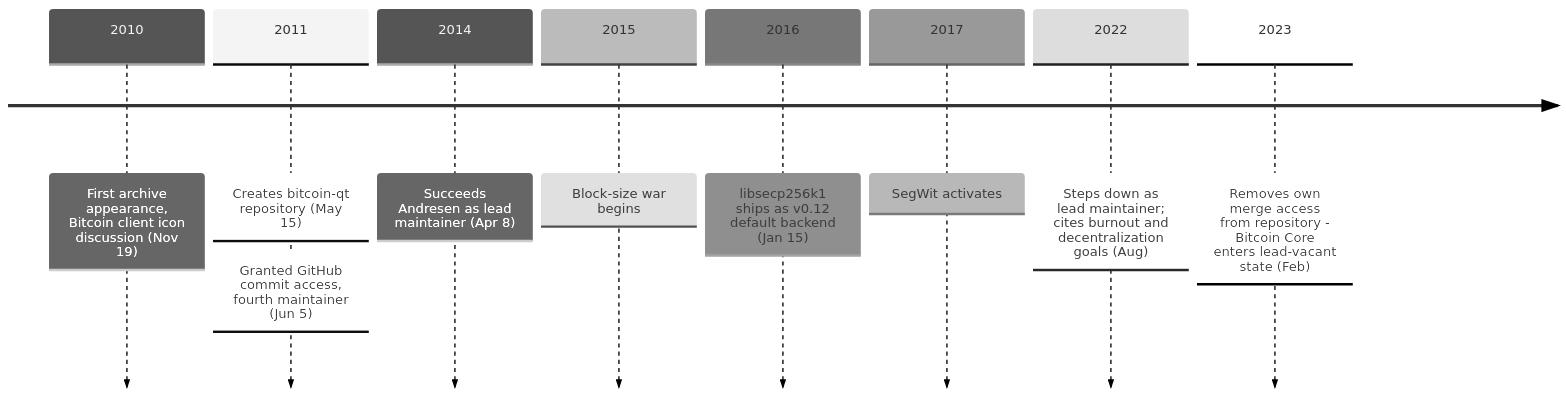
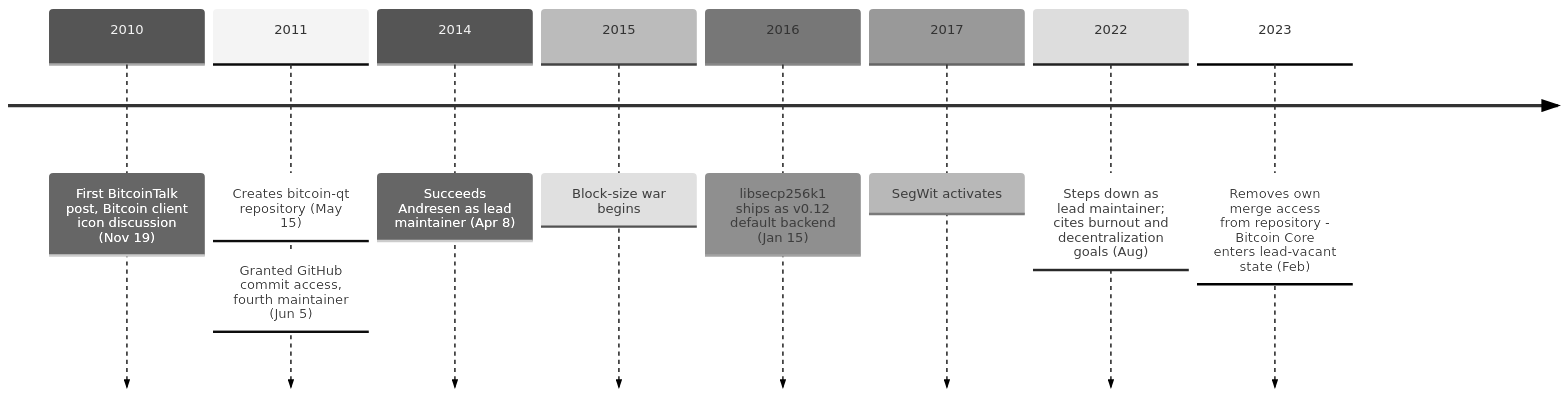
Before and after one commit to cypher256/BitcoinArchive: the diagram in src/data/entries/en/aftermath/2010-11-19-wladimir-van-der-laan-biography.md, drawn with Mermaid (neutral theme). The commit also changed other lines of this file and 14 other files, not shown here.

First line of the commit message:
Distinguish 'the archive' from the medium of appearance

````diff
--- a/src/data/entries/en/aftermath/2010-11-19-wladimir-van-der-laan-biography.md
+++ b/src/data/entries/en/aftermath/2010-11-19-wladimir-van-der-laan-biography.md
@@ -33,14 +33,14 @@
 ```mermaid
 timeline
-    2010 : First archive appearance, Bitcoin client icon discussion (Nov 19)
+    2010 : First BitcoinTalk post, Bitcoin client icon discussion (Nov 19)
     %% link: /BitcoinArchive/entries/forum/bitcointalk/topic-64/2010-11-19-laanwj-msg22887/
     2011 : Creates bitcoin-qt repository (May 15)
          : Granted GitHub commit access, fourth maintainer (Jun 5)
     2014 : Succeeds Andresen as lead maintainer (Apr 8)
     2015 : Block-size war begins
     2016 : libsecp256k1 ships as v0.12 default backend (Jan 15)
     %% link: /BitcoinArchive/entries/aftermath/2016-01-15-libsecp256k1-replaces-openssl-bitcoin-core-v012/
     2017 : SegWit activates
     2022 : Steps down as lead maintainer; cites burnout and decentralization goals (Aug)
     2023 : Removes own merge access from repository - Bitcoin Core enters lead-vacant state (Feb)
 ```
````
